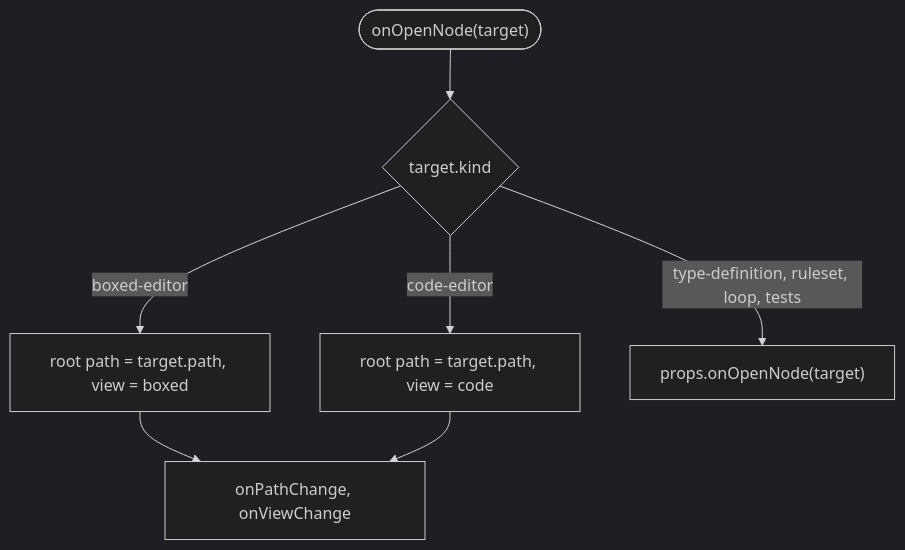
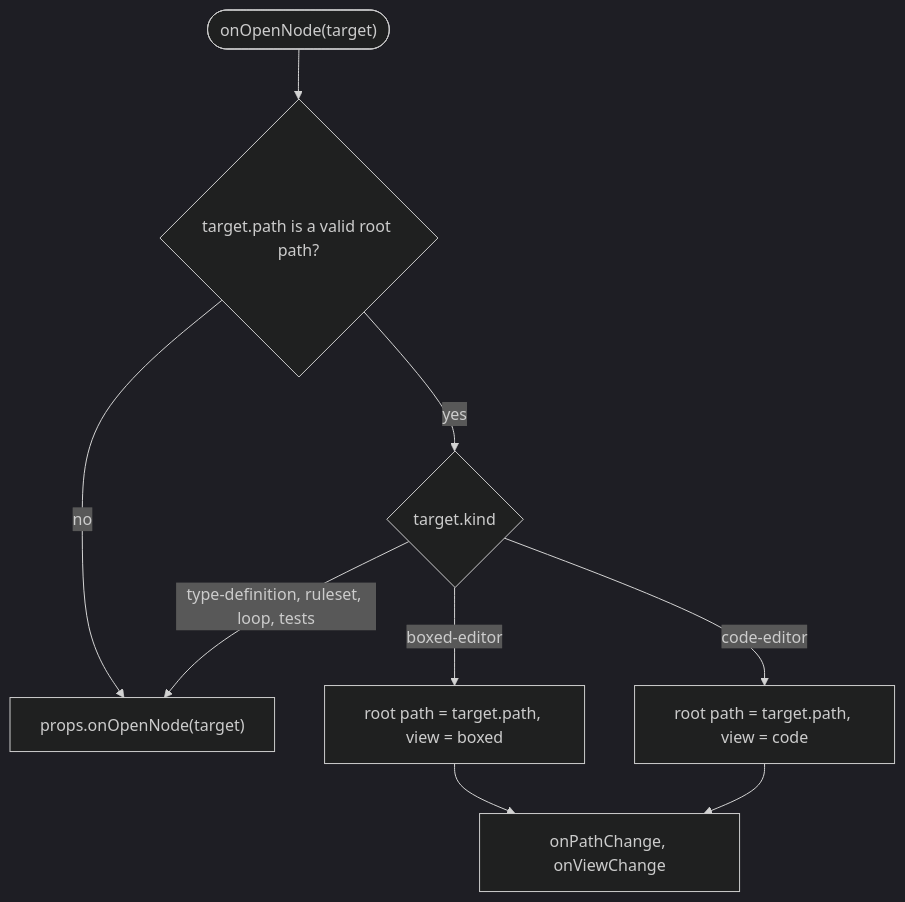
One commit to rimvydasb/edgerules-react changed the second of 3 diagrams in docs/specs/shell-spec.md. Above: the diagram before and after it, drawn with Mermaid (dark theme). The commit also changed other lines of this file and 1 other file, not shown here.

````diff
--- a/docs/specs/shell-spec.md
+++ b/docs/specs/shell-spec.md
@@ -151,9 +170,11 @@
 ```mermaid
 flowchart TD
-    Start(["onOpenNode(target)"]) --> Kind{target.kind}
+    Start(["onOpenNode(target)"]) --> Valid{"target.path is a valid root path?"}
+    Valid -->|no| Host["props.onOpenNode(target)"]
+    Valid -->|yes| Kind{target.kind}
     Kind -->|boxed-editor| Boxed["root path = target.path, view = boxed"]
     Kind -->|code-editor| Code["root path = target.path, view = code"]
-    Kind -->|type-definition, ruleset, loop, tests| Host["props.onOpenNode(target)"]
+    Kind -->|type-definition, ruleset, loop, tests| Host
     Boxed --> Notify["onPathChange, onViewChange"]
     Code --> Notify
 ```
````
